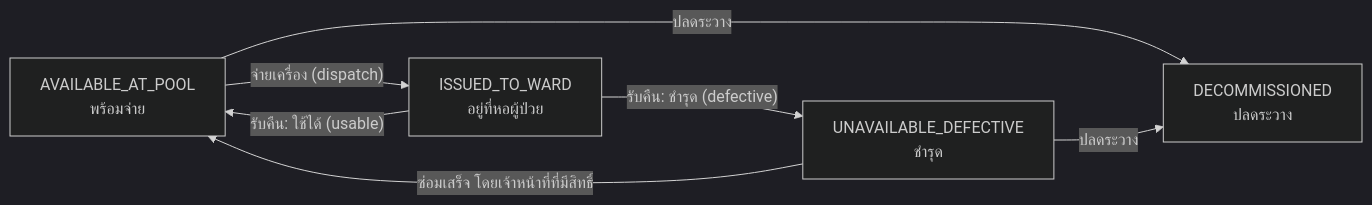
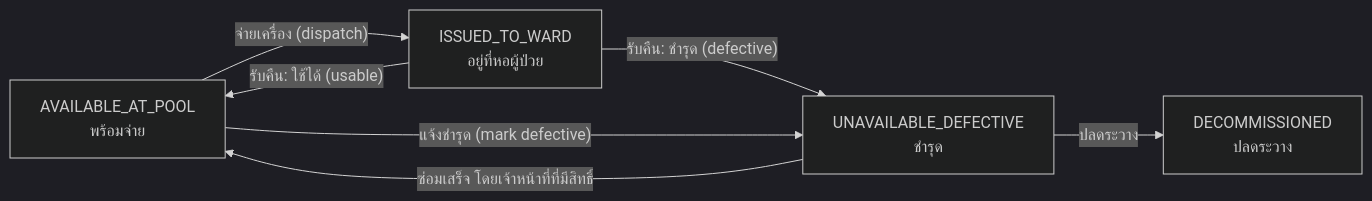
Before and after one commit to manmenex/medical-equipment-pool: the first of 2 diagrams in docs/OVERVIEW.md, drawn with Mermaid (dark theme). The commit also changed other lines of this file, not shown here.

First line of the commit message:
Docs: fix OVERVIEW lifecycle diagram and mark planned PR25 items as plans

````diff
--- a/docs/OVERVIEW.md
+++ b/docs/OVERVIEW.md
@@ -37,9 +37,9 @@
 ```mermaid
 flowchart LR
     A["AVAILABLE_AT_POOL<br/>พร้อมจ่าย"] -->|"จ่ายเครื่อง (dispatch)"| B["ISSUED_TO_WARD<br/>อยู่ที่หอผู้ป่วย"]
     B -->|"รับคืน: ใช้ได้ (usable)"| A
     B -->|"รับคืน: ชำรุด (defective)"| C["UNAVAILABLE_DEFECTIVE<br/>ชำรุด"]
     C -->|"ซ่อมเสร็จ โดยเจ้าหน้าที่ที่มีสิทธิ์"| A
-    A -->|"ปลดระวาง"| D["DECOMMISSIONED<br/>ปลดระวาง"]
-    C -->|"ปลดระวาง"| D
+    A -->|"แจ้งชำรุด (mark defective)"| C
+    C -->|"ปลดระวาง"| D["DECOMMISSIONED<br/>ปลดระวาง"]
 ```
````
